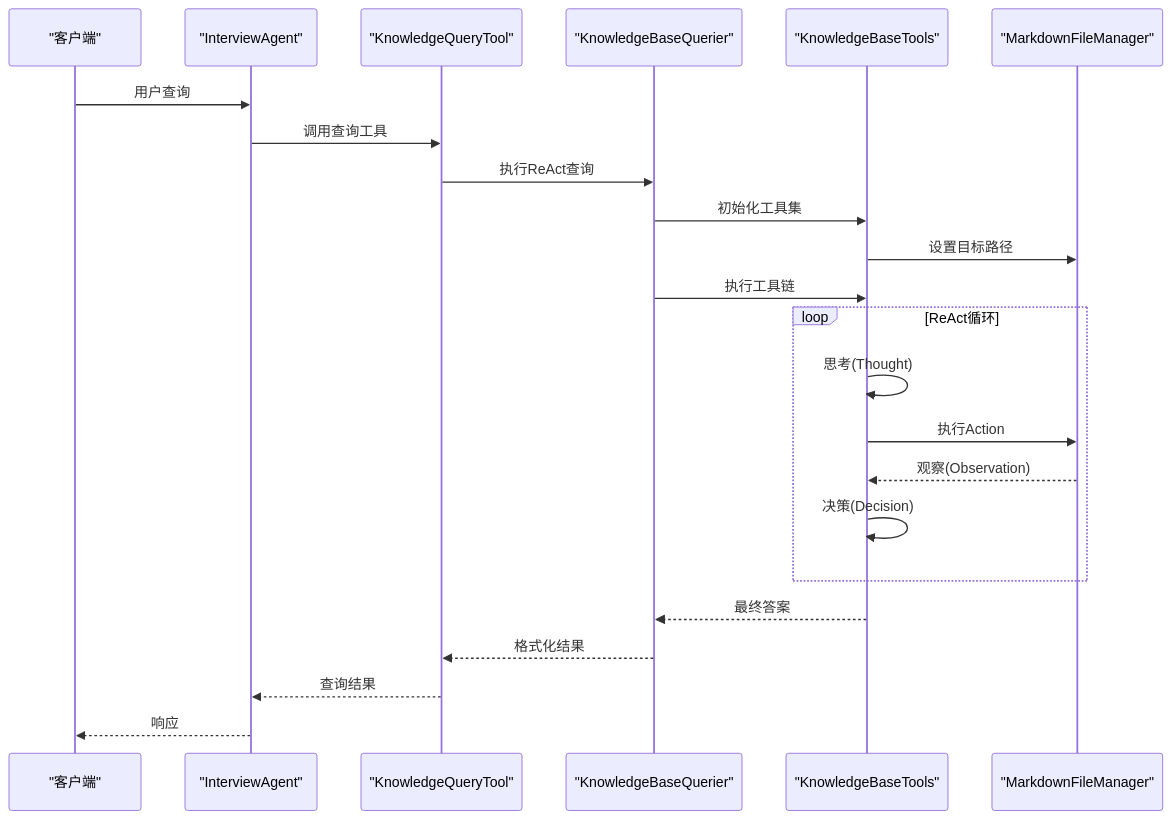
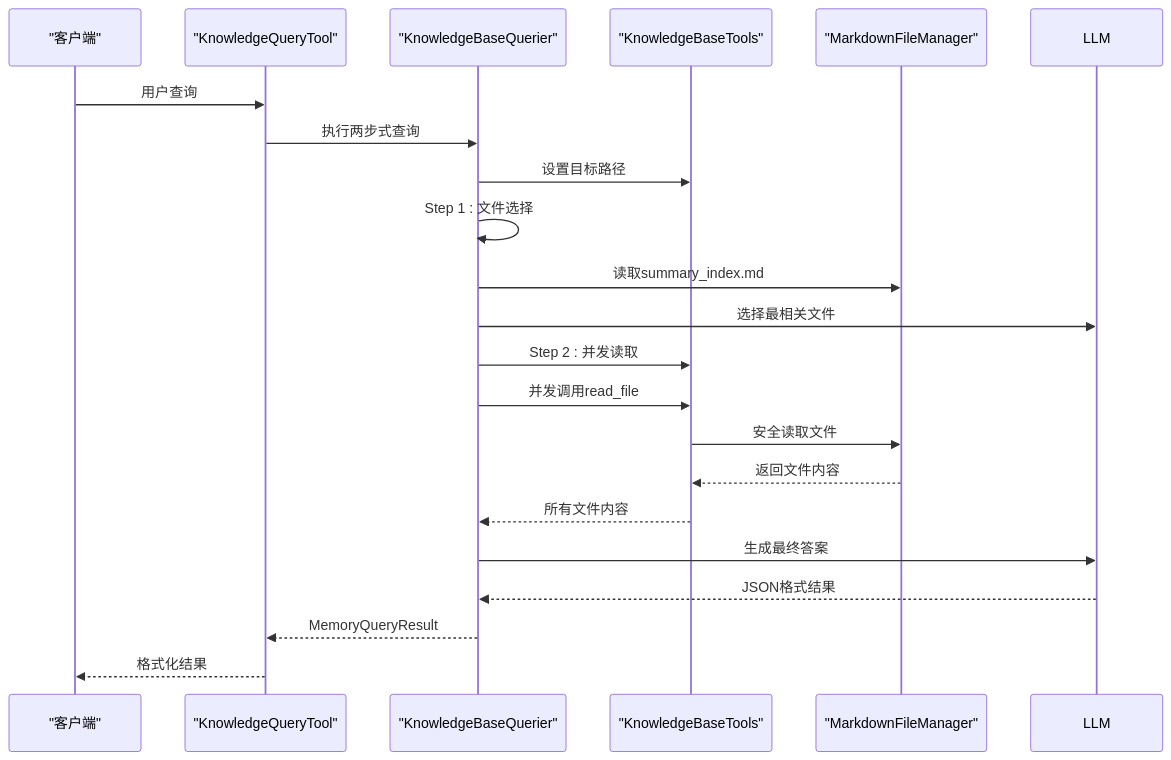
The second of 4 diagrams in .qoder/repowiki/zh/content/知识库系统/知识库查询工具.md (WangYiKai1017/zizuan), drawn with Mermaid before and after one commit. The commit also changed other lines of this file and 7 other files, not shown here.

````diff
--- a/.qoder/repowiki/zh/content/知识库系统/知识库查询工具.md
+++ b/.qoder/repowiki/zh/content/知识库系统/知识库查询工具.md
@@ -110,25 +108,23 @@
 ```mermaid
 sequenceDiagram
 participant Client as "客户端"
-participant Agent as "InterviewAgent"
 participant Tool as "KnowledgeQueryTool"
 participant Querier as "KnowledgeBaseQuerier"
 participant Tools as "KnowledgeBaseTools"
 participant Manager as "MarkdownFileManager"
-Client->>Agent : 用户查询
-Agent->>Tool : 调用查询工具
-Tool->>Querier : 执行ReAct查询
-Querier->>Tools : 初始化工具集
-Tools->>Manager : 设置目标路径
-Querier->>Tools : 执行工具链
-loop ReAct循环
-Tools->>Tools : 思考(Thought)
-Tools->>Manager : 执行Action
-Manager-->>Tools : 观察(Observation)
-Tools->>Tools : 决策(Decision)
-end
-Tools-->>Querier : 最终答案
-Querier-->>Tool : 格式化结果
-Tool-->>Agent : 查询结果
-Agent-->>Client : 响应
+Client->>Tool : 用户查询
+Tool->>Querier : 执行两步式查询
+Querier->>Tools : 设置目标路径
+Querier->>Querier : Step 1 : 文件选择
+Querier->>Manager : 读取summary_index.md
+Querier->>LLM : 选择最相关文件
+Querier->>Tools : Step 2 : 并发读取
+Querier->>Tools : 并发调用read_file
+Tools->>Manager : 安全读取文件
+Manager-->>Tools : 返回文件内容
+Tools-->>Querier : 所有文件内容
+Querier->>LLM : 生成最终答案
+LLM-->>Querier : JSON格式结果
+Querier-->>Tool : MemoryQueryResult
+Tool-->>Client : 格式化结果
 ```
````
